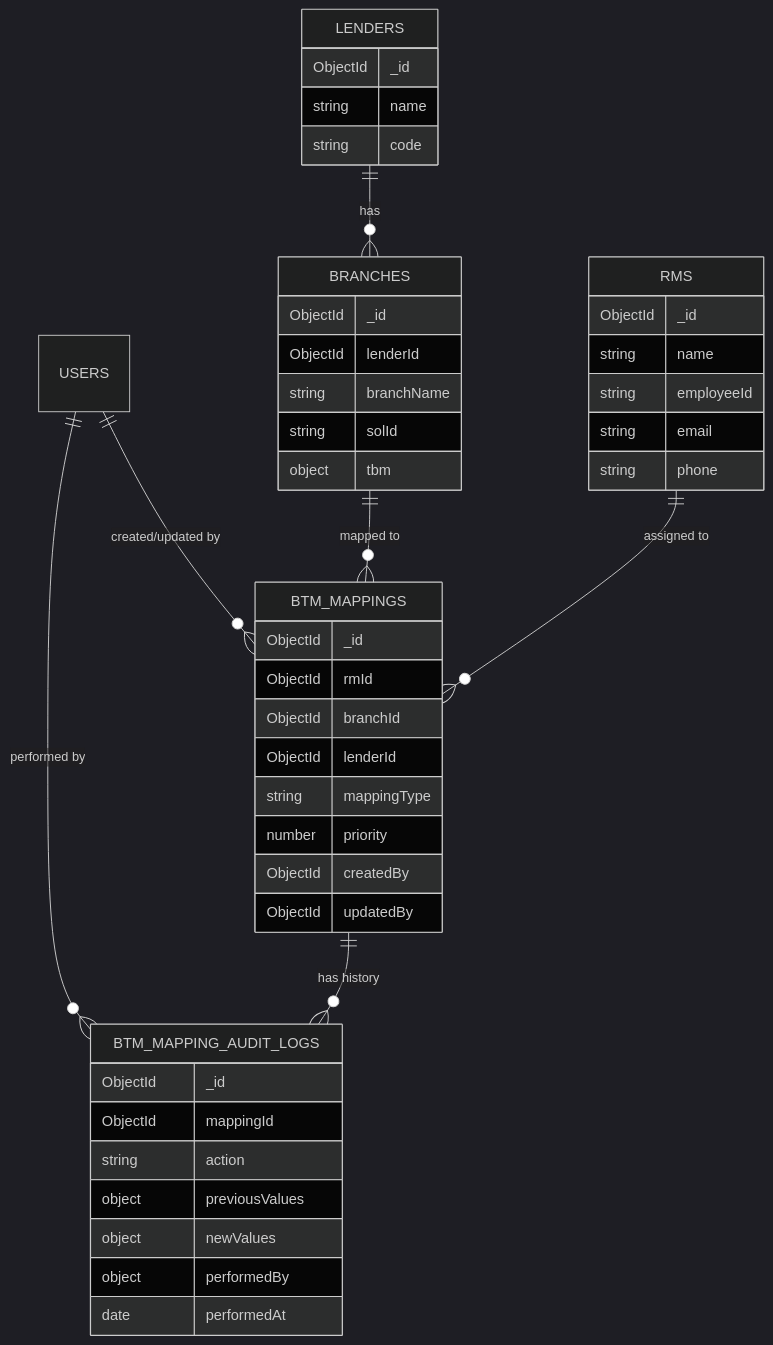
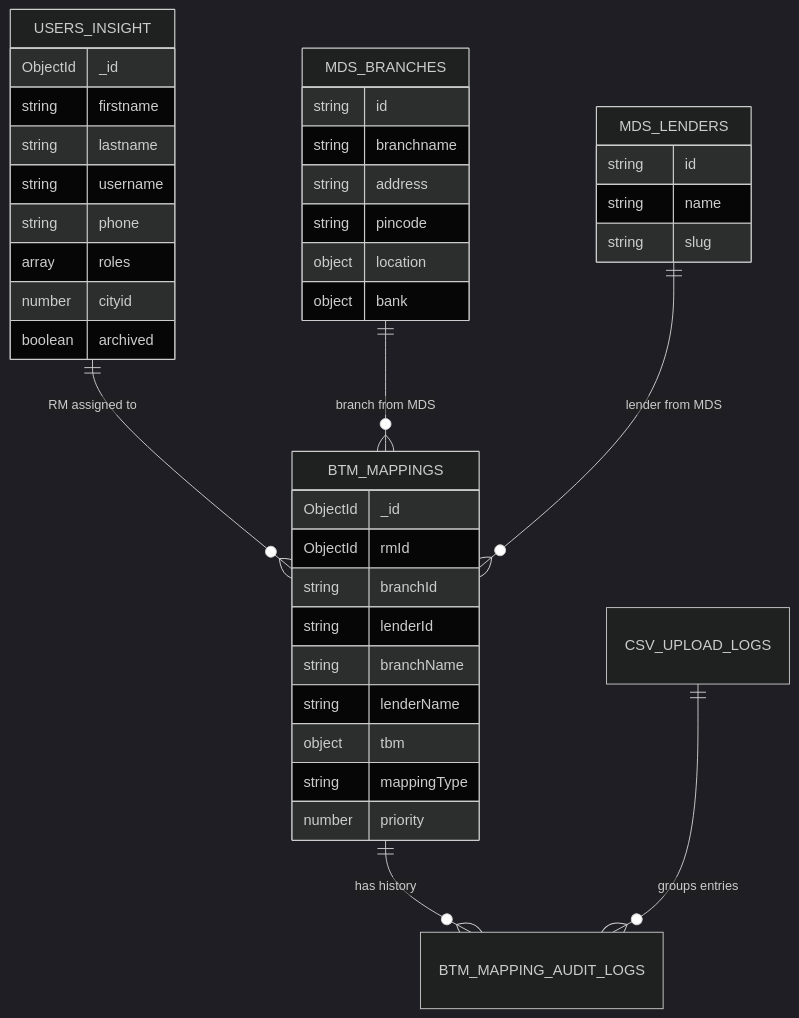
Before and after one commit to adarshRupeek/db-design-for-branch-backward-mapping: the first of 2 diagrams in README.md, drawn with Mermaid (dark theme). The commit also changed other lines of this file, not shown here.

````diff
--- a/README.md
+++ b/README.md
@@ -175,52 +326,46 @@
 ```mermaid
 erDiagram
-    USERS ||--o{ BTM_MAPPING_AUDIT_LOGS : "performed by"
-    USERS ||--o{ BTM_MAPPINGS : "created/updated by"
-    LENDERS ||--o{ BRANCHES : has
-    BRANCHES ||--o{ BTM_MAPPINGS : "mapped to"
-    RMS ||--o{ BTM_MAPPINGS : "assigned to"
+    USERS_INSIGHT ||--o{ BTM_MAPPINGS : "RM assigned to"
+    MDS_BRANCHES ||--o{ BTM_MAPPINGS : "branch from MDS"
+    MDS_LENDERS ||--o{ BTM_MAPPINGS : "lender from MDS"
     BTM_MAPPINGS ||--o{ BTM_MAPPING_AUDIT_LOGS : "has history"
+    CSV_UPLOAD_LOGS ||--o{ BTM_MAPPING_AUDIT_LOGS : "groups entries"
     
-    LENDERS {
+    USERS_INSIGHT {
         ObjectId _id
-        string name
-        string code
+        string firstname
+        string lastname
+        string username
+        string phone
+        array roles
+        number cityid
+        boolean archived
     }
     
-    BRANCHES {
-        ObjectId _id
-        ObjectId lenderId
-        string branchName
-        string solId
-        object tbm
+    MDS_BRANCHES {
+        string id
+        string branchname
+        string address
+        string pincode
+        object location
+        object bank
     }
     
-    RMS {
-        ObjectId _id
+    MDS_LENDERS {
+        string id
         string name
-        string employeeId
-        string email
-        string phone
+        string slug
     }
     
     BTM_MAPPINGS {
         ObjectId _id
         ObjectId rmId
-        ObjectId branchId
-        ObjectId lenderId
+        string branchId
+        string lenderId
+        string branchName
+        string lenderName
+        object tbm
         string mappingType
         number priority
-        ObjectId createdBy
-        ObjectId updatedBy
-    }
-    
-    BTM_MAPPING_AUDIT_LOGS {
-        ObjectId _id
-        ObjectId mappingId
-        string action
-        object previousValues
-        object newValues
-        object performedBy
-        date performedAt
     }
 ```
````
